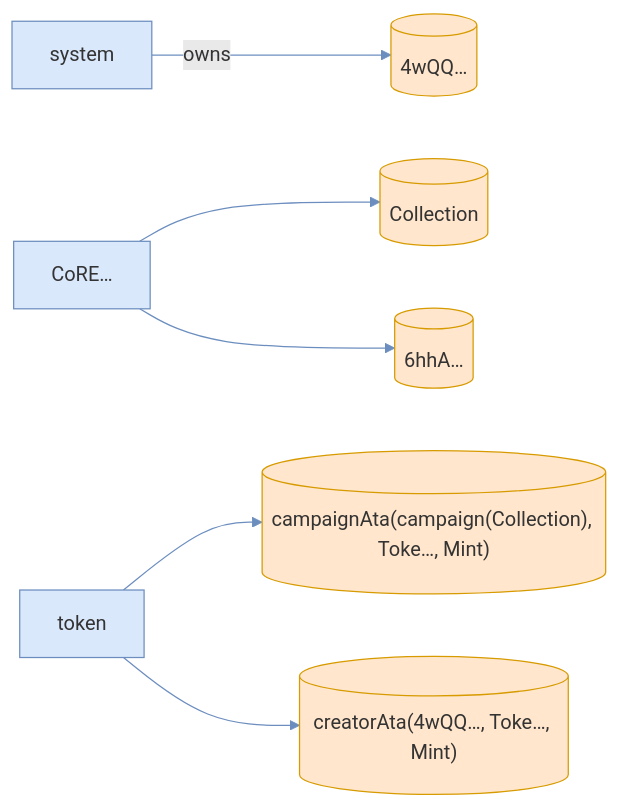
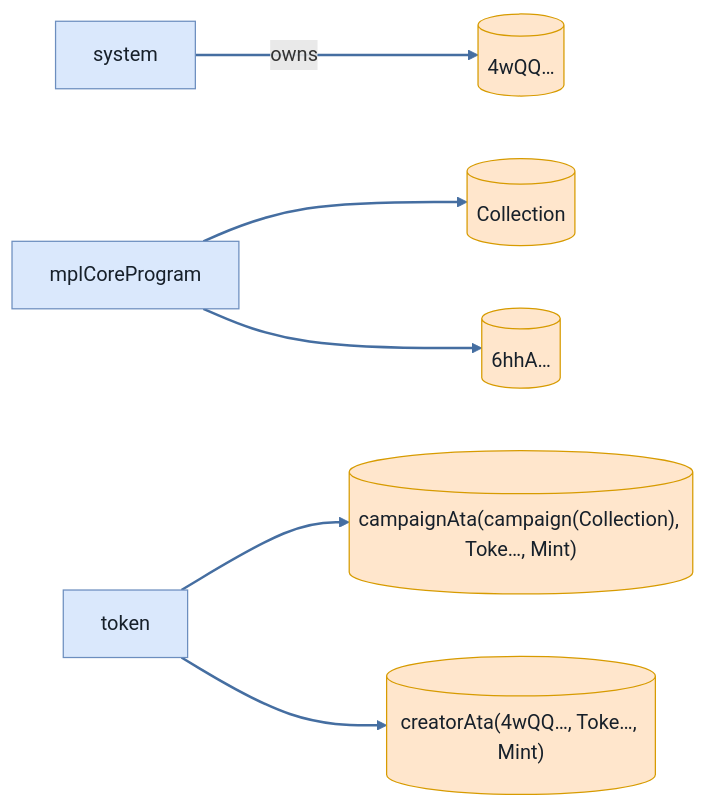
Before and after one commit to cds-turbin3/vesting-position: the ninth of 9 diagrams in babelfish-tests/test-report/clawback_requires_creator.md, drawn with Mermaid. The commit also changed other lines of this file and 106 other files, not shown here.

````diff
--- a/babelfish-tests/test-report/clawback_requires_creator.md
+++ b/babelfish-tests/test-report/clawback_requires_creator.md
@@ -416,20 +414,20 @@
 ```mermaid
 flowchart LR
     system["system"]:::program
     n4wQQ[("4wQQ…")]:::state
-    CoRE["CoRE…"]:::program
+    mplCoreProgram["mplCoreProgram"]:::program
     Collection[("Collection")]:::state
     n6hhA[("6hhA…")]:::state
     token["token"]:::program
     campaignAtacampaignCollectionTokeMint[("campaignAta(campaign(Collection), Toke…, Mint)")]:::state
     creatorAta4wQQTokeMint[("creatorAta(4wQQ…, Toke…, Mint)")]:::state
     system -->|owns| n4wQQ
-    CoRE --> Collection
-    CoRE --> n6hhA
+    mplCoreProgram --> Collection
+    mplCoreProgram --> n6hhA
     token --> campaignAtacampaignCollectionTokeMint
     token --> creatorAta4wQQTokeMint
-    classDef program fill:#dae8fc,stroke:#6c8ebf;
-    classDef signer fill:#d5e8d4,stroke:#82b366;
-    classDef state fill:#ffe6cc,stroke:#d79b00;
-    linkStyle 0,1,2,3,4 stroke:#6c8ebf
+    classDef program fill:#dae8fc,stroke:#6c8ebf,color:#17202a;
+    classDef signer fill:#d5e8d4,stroke:#82b366,color:#17202a;
+    classDef state fill:#ffe6cc,stroke:#d79b00,color:#17202a;
+    linkStyle 0,1,2,3,4 stroke:#456ea1,stroke-width:2px
 ```
````
